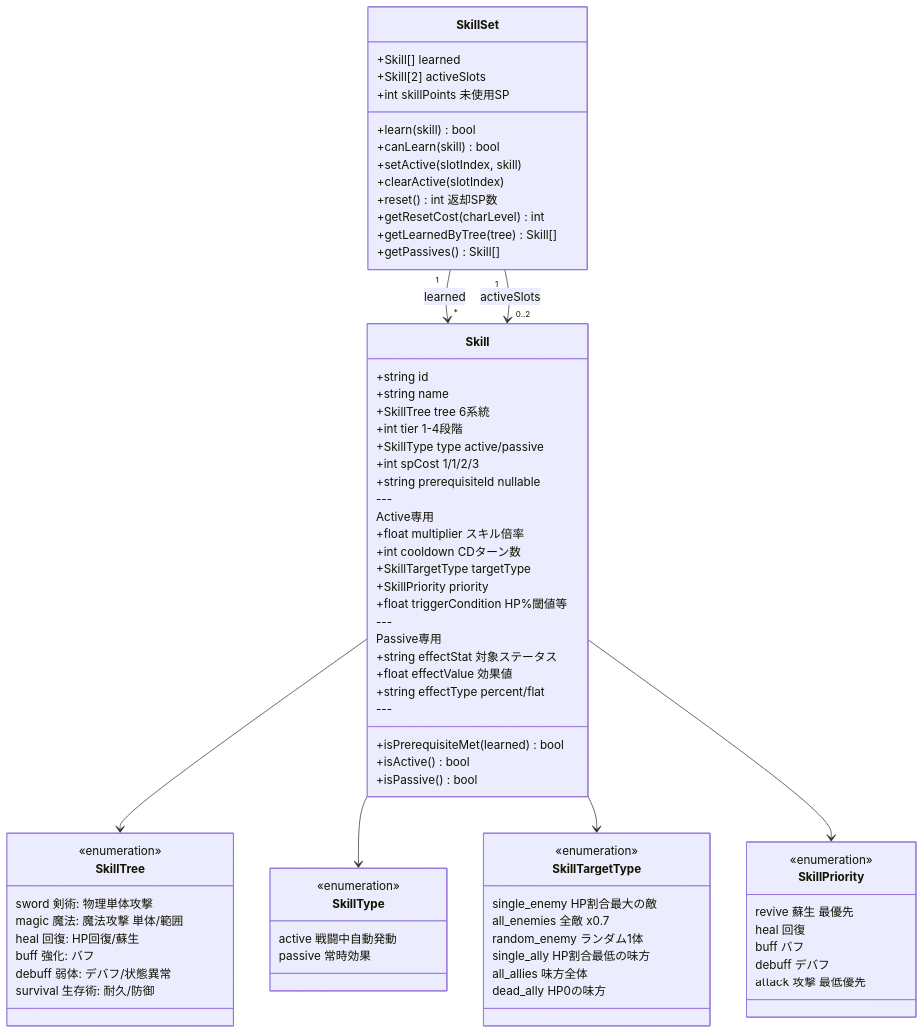
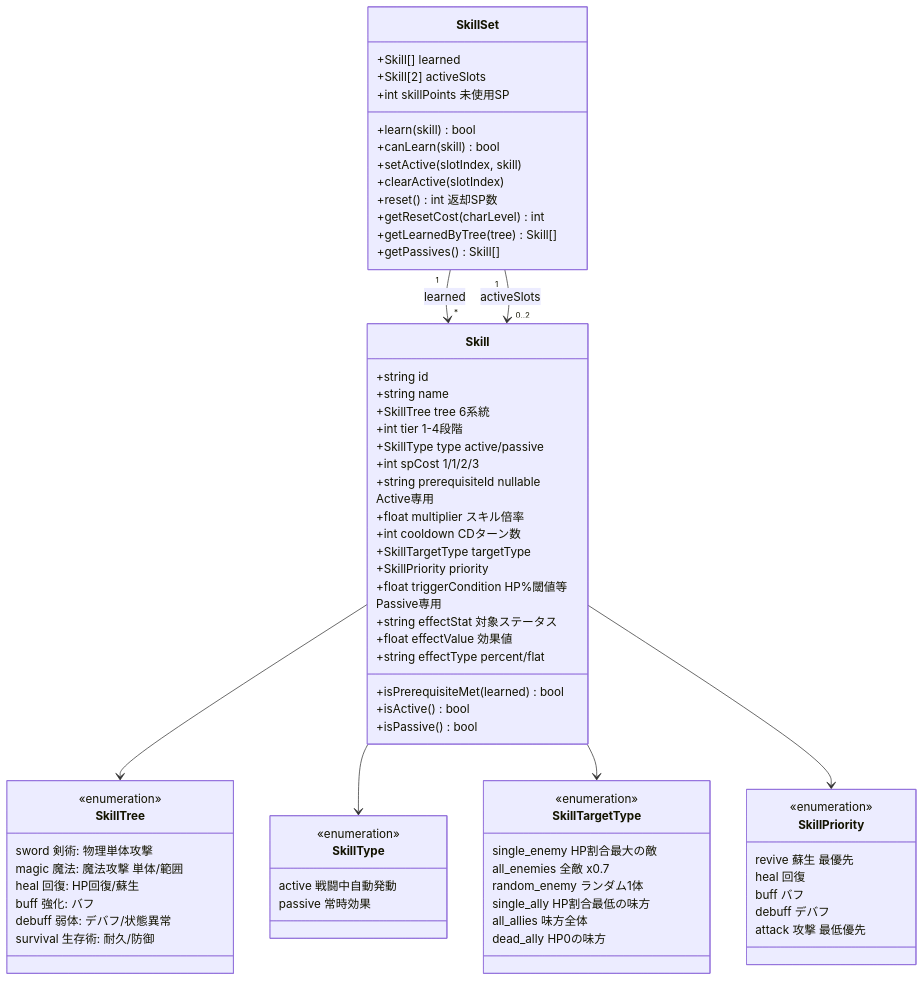
Before and after one commit to dateeee/2026_AFKGAME: the second of 6 diagrams in diagrams/class_diagram.md, drawn with Mermaid. The commit also changed other lines of this file and 34 other files, not shown here.

First line of the commit message:
docs+fix: 工程定義に基づく要件〜詳細設計の見直し — 全仕様書・設計図レビューと指摘修正

```diff
--- a/diagrams/class_diagram.md
+++ b/diagrams/class_diagram.md
@@ -152,19 +154,16 @@
         +SkillType type  active/passive
         +int spCost  1/1/2/3
         +string prerequisiteId  nullable
-        ---
         Active専用
         +float multiplier  スキル倍率
         +int cooldown  CDターン数
         +SkillTargetType targetType
         +SkillPriority priority
         +float triggerCondition  HP%閾値等
-        ---
         Passive専用
         +string effectStat  対象ステータス
         +float effectValue  効果値
         +string effectType  percent/flat
-        ---
         +isPrerequisiteMet(learned) bool
         +isActive() bool
         +isPassive() bool
```
